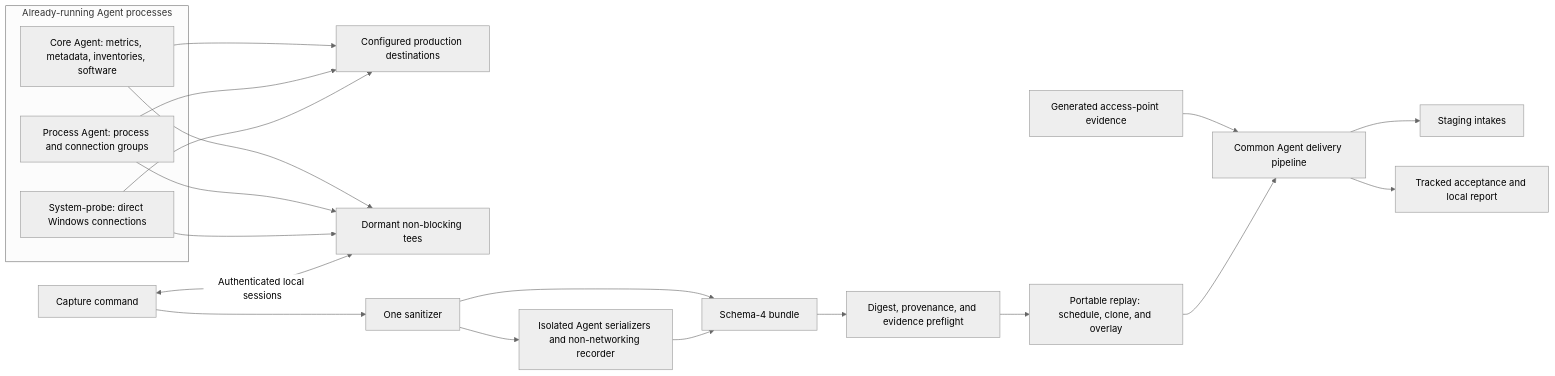
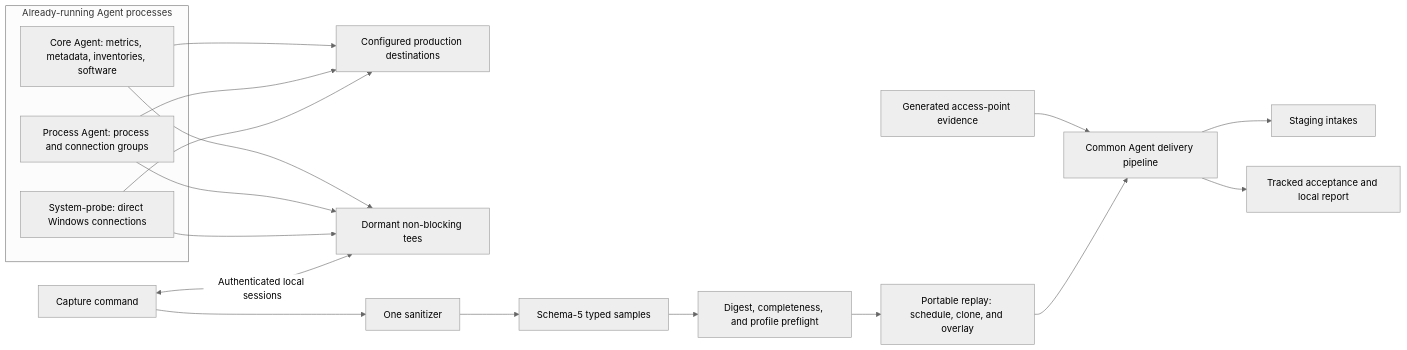
One commit to DataDog/datadog-agent changed the diagram in doc/architecture/eudm-simulator.md. Above: the diagram before and after it, drawn with Mermaid (neutral theme). The commit also changed other lines of this file and 126 other files, not shown here.

Commit message:
refactor(eudm): capture typed samples without routing or wire proofs

````diff
--- a/doc/architecture/eudm-simulator.md
+++ b/doc/architecture/eudm-simulator.md
@@ -61,25 +61,23 @@
 ```mermaid
 flowchart LR
     subgraph Running[Already-running Agent processes]
         C[Core Agent: metrics, metadata, inventories, software]
         P[Process Agent: process and connection groups]
         N[System-probe: direct Windows connections]
     end
     C --> D[Configured production destinations]
     P --> D
     N --> D
     C --> T[Dormant non-blocking tees]
     P --> T
     N --> T
     A[Capture command] <-->|Authenticated local sessions| T
     A --> S[One sanitizer]
-    S --> W[Isolated Agent serializers and non-networking recorder]
-    S --> B[Schema-4 bundle]
-    W --> B
-    B --> V[Digest, provenance, and evidence preflight]
+    S --> B[Schema-5 typed samples]
+    B --> V[Digest, completeness, and profile preflight]
     V --> E[Portable replay: schedule, clone, and overlay]
     AP[Generated access-point evidence] --> R[Common Agent delivery pipeline]
     E --> R
     R --> I[Staging intakes]
     R --> F[Tracked acceptance and local report]
 ```
````
